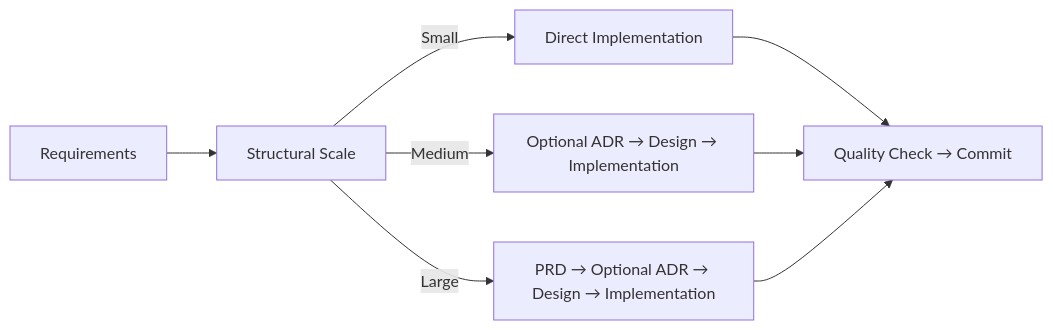
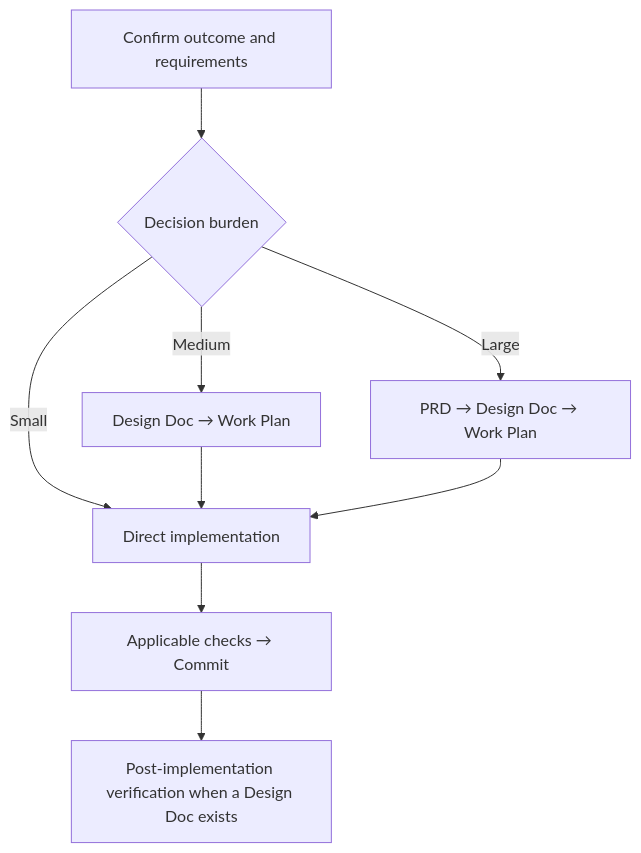
The diagram in README.md (shinpr/ai-coding-project-boilerplate), drawn with Mermaid before and after one commit. The commit also changed other lines of this file and 9 other files, not shown here.

````diff
--- a/README.md
+++ b/README.md
@@ -217,11 +43,11 @@
 ```mermaid
-graph LR
-    A[Requirements] --> B[Structural Scale]
-    B -->|Small| C[Direct Implementation]
-    B -->|Medium| D[Optional ADR → Design → Implementation]
-    B -->|Large| E[PRD → Optional ADR → Design → Implementation]
-
-    C --> F[Quality Check → Commit]
-    D --> F
-    E --> F
+flowchart TD
+    R[Confirm outcome and requirements] --> S{Decision burden}
+    S -->|Small| I[Direct implementation]
+    S -->|Medium| D[Design Doc → Work Plan]
+    S -->|Large| P[PRD → Design Doc → Work Plan]
+    D --> I
+    P --> I
+    I --> Q[Applicable checks → Commit]
+    Q --> V[Post-implementation verification when a Design Doc exists]
 ```
````
